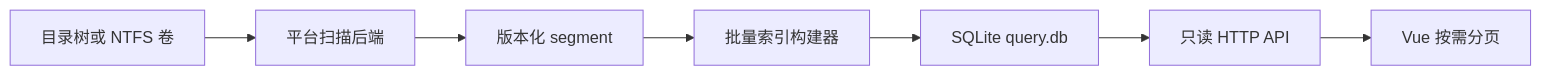
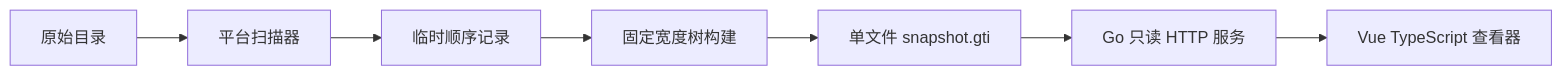
One commit to NOBB2333/liunx_go_tools changed the diagram in docs/architecture.md. Above: the diagram before and after it, drawn with Mermaid. The commit also changed other lines of this file and 18 other files, not shown here.

````diff
--- a/docs/architecture.md
+++ b/docs/architecture.md
@@ -28,9 +5,9 @@
 ```mermaid
 flowchart LR
-    A[目录树或 NTFS 卷] --> B[平台扫描后端]
-    B --> C[版本化 segment]
-    C --> D[批量索引构建器]
-    D --> E[SQLite query.db]
-    E --> F[只读 HTTP API]
-    F --> G[Vue 按需分页]
+  A[原始目录] --> B[平台扫描器]
+  B --> C[临时顺序记录]
+  C --> D[固定宽度树构建]
+  D --> E[单文件 snapshot.gti]
+  E --> F[Go 只读 HTTP 服务]
+  F --> G[Vue TypeScript 查看器]
 ```
````
